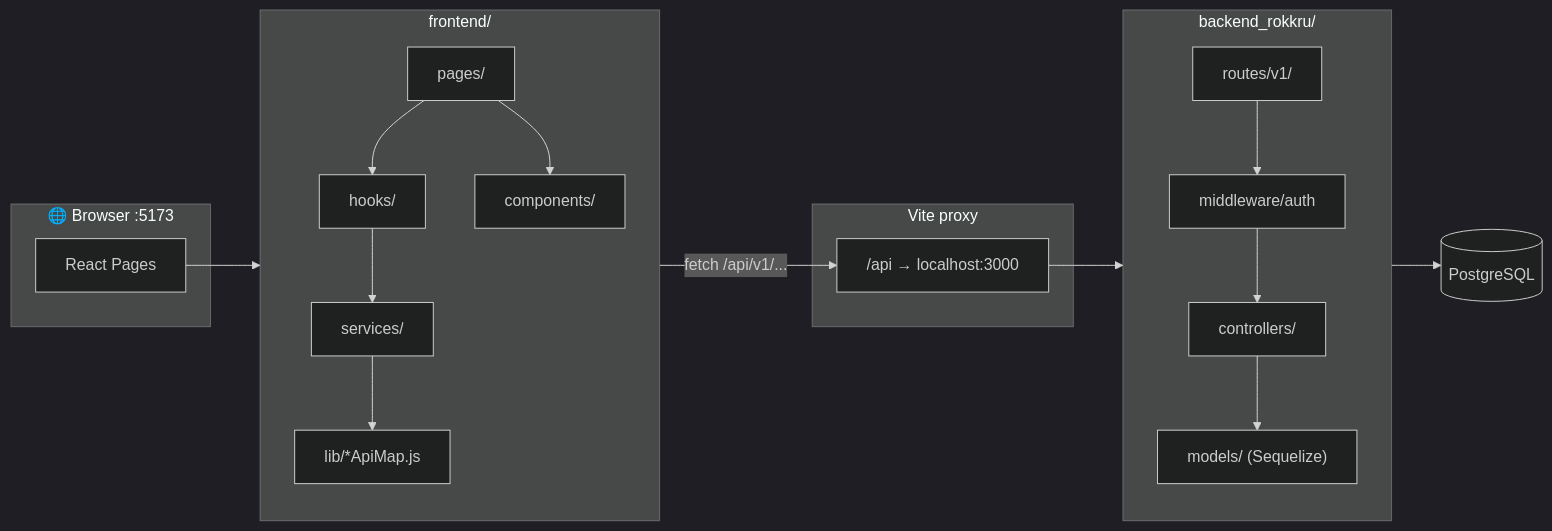
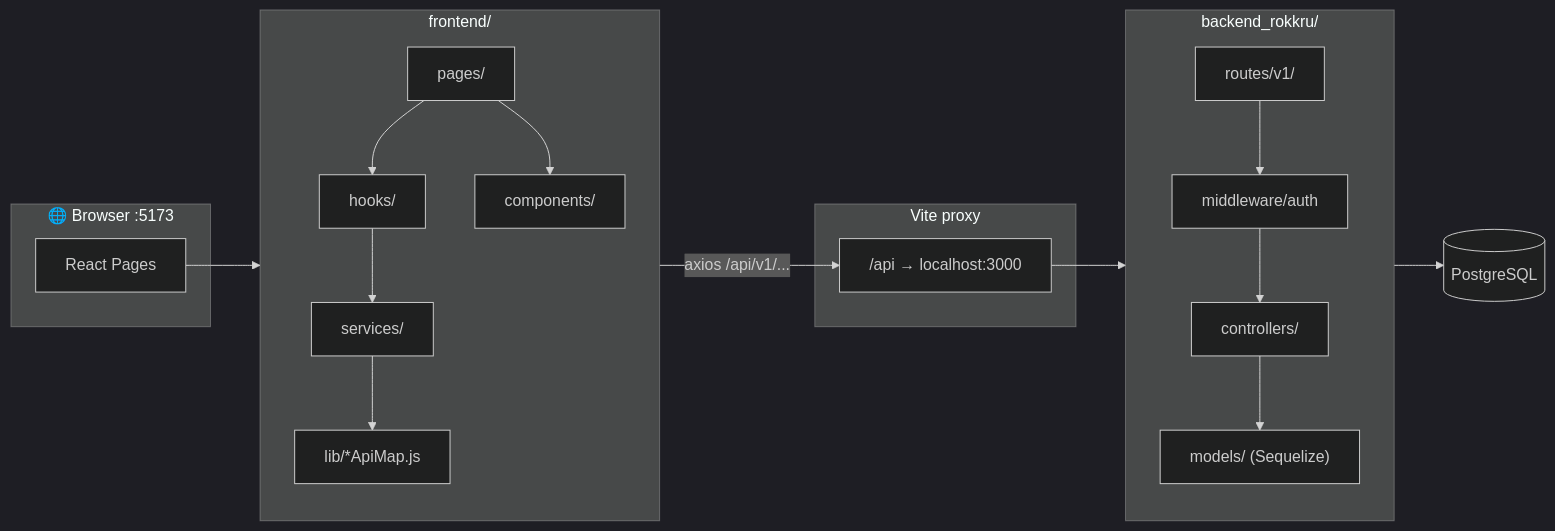
Before and after one commit to Mao-SokHun/Frontend_-Task_Team: the first of 10 diagrams in PROJECT_STRUCTURE.md, drawn with Mermaid (dark theme). The commit also changed other lines of this file and 15 other files, not shown here.

Commit message:
Change from fetch to use axios

````diff
--- a/PROJECT_STRUCTURE.md
+++ b/PROJECT_STRUCTURE.md
@@ -31,39 +42,39 @@
 ```mermaid
 flowchart LR
   subgraph Browser["🌐 Browser :5173"]
     UI["React Pages"]
   end
 
   subgraph FE["frontend/"]
   direction TB
     P["pages/"]
     H["hooks/"]
     S["services/"]
     L["lib/*ApiMap.js"]
     C["components/"]
     P --> H
     P --> C
     H --> S
     S --> L
   end
 
   subgraph Proxy["Vite proxy"]
     V["/api → localhost:3000"]
   end
 
   subgraph BE["backend_rokkru/"]
   direction TB
     RT["routes/v1/"]
     MW["middleware/auth"]
     CT["controllers/"]
     MD["models/ (Sequelize)"]
     RT --> MW --> CT --> MD
   end
 
   DB[("PostgreSQL")]
 
   UI --> P
-  S -->|"fetch /api/v1/..."| V
+  S -->|"axios /api/v1/..."| V
   V --> RT
   MD --> DB
 ```
````
